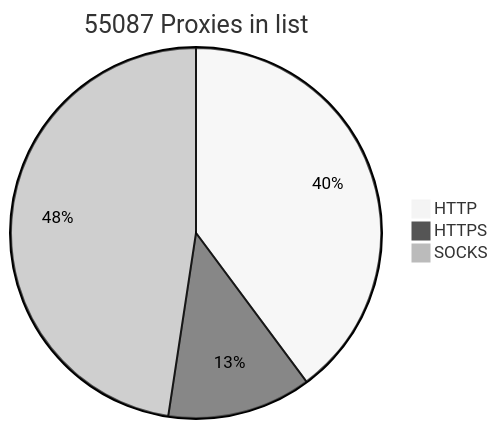
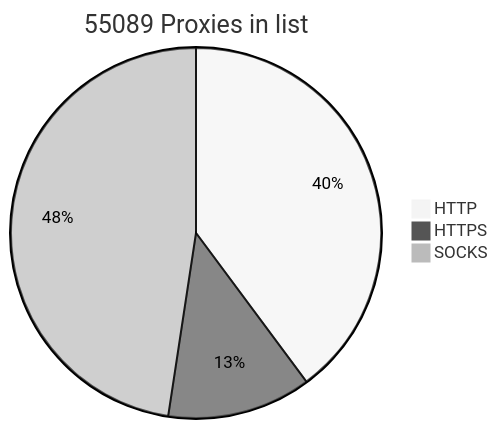
The diagram in README.md (BlackSnowDot/proxylist-update-every-minute), drawn with Mermaid (neutral theme) before and after one commit.

````diff
--- a/README.md
+++ b/README.md
@@ -2,6 +2,6 @@
 ```mermaid
-pie title 55087 Proxies in list
-    "HTTP" : 24567
-    "HTTPS": 7752
+pie title 55089 Proxies in list
+    "HTTP" : 24572
+    "HTTPS": 7753
     "SOCKS" : 29362
 ```
````
